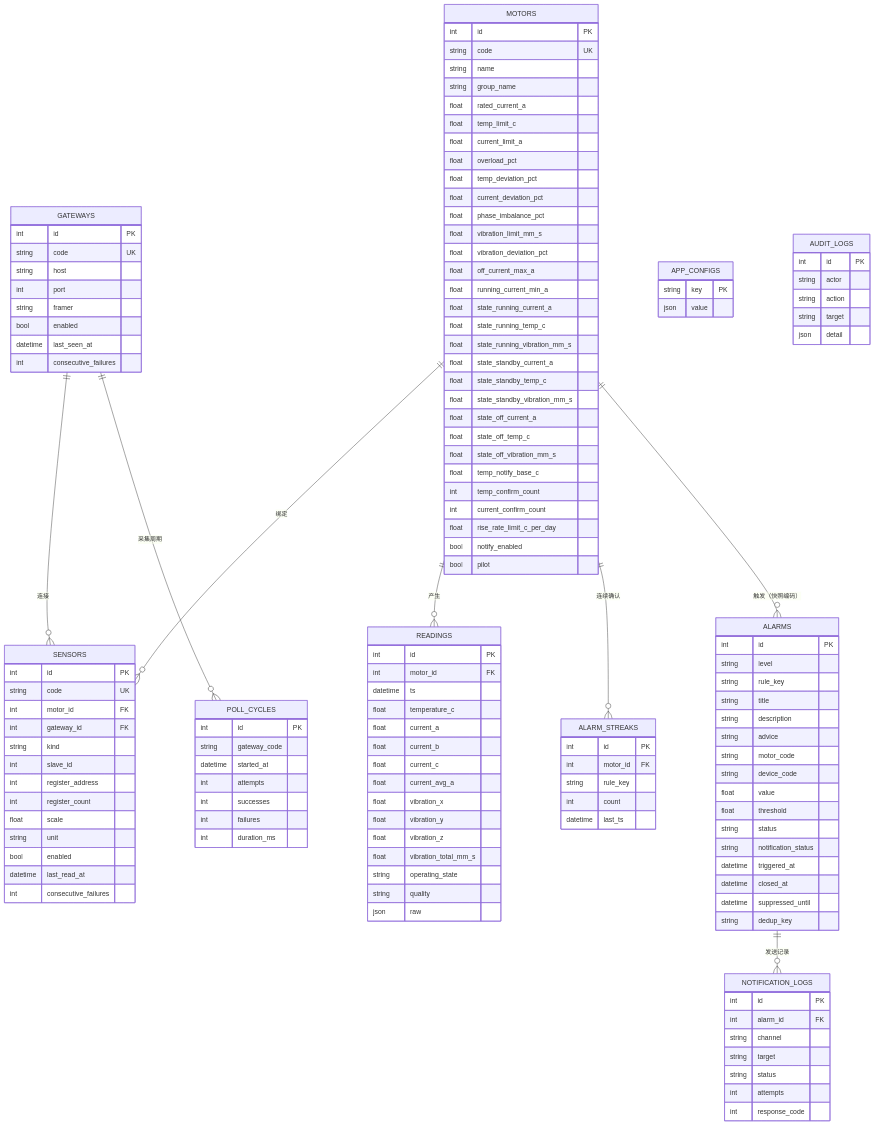
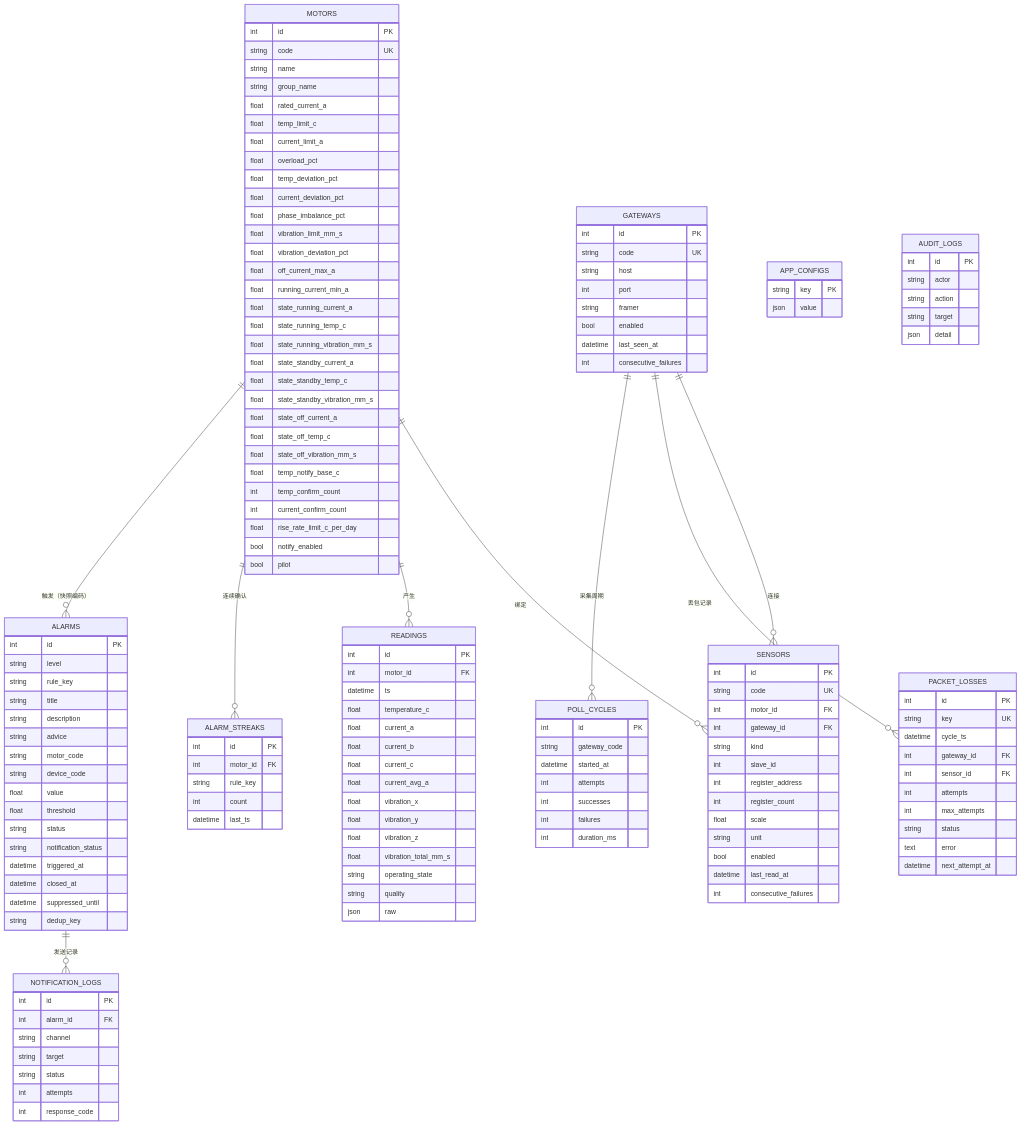
Before and after one commit to fuqin123/motor_testing_system: the second of 2 diagrams in docs/02-整体框架设计.md, drawn with Mermaid. The commit also changed other lines of this file and 8 other files, not shown here.

```diff
--- a/docs/02-整体框架设计.md
+++ b/docs/02-整体框架设计.md
@@ -87,6 +87,7 @@
     MOTORS ||--o{ SENSORS : "绑定"
     MOTORS ||--o{ READINGS : "产生"
     MOTORS ||--o{ ALARM_STREAKS : "连续确认"
+    GATEWAYS ||--o{ PACKET_LOSSES : "丢包记录"
     MOTORS ||--o{ ALARMS : "触发（快照编码）"
     ALARMS ||--o{ NOTIFICATION_LOGS : "发送记录"
     GATEWAYS ||--o{ POLL_CYCLES : "采集周期"
@@ -172,6 +173,18 @@
         int count
         datetime last_ts
     }
+    PACKET_LOSSES {
+        int id PK
+        string key UK
+        datetime cycle_ts
+        int gateway_id FK
+        int sensor_id FK
+        int attempts
+        int max_attempts
+        string status
+        text error
+        datetime next_attempt_at
+    }
     ALARMS {
         int id PK
         string level
```
